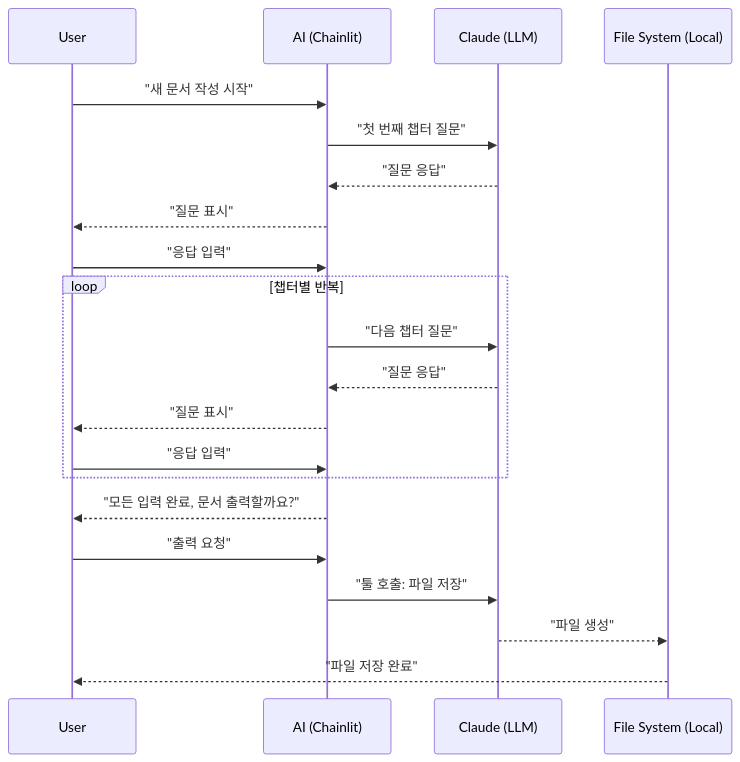
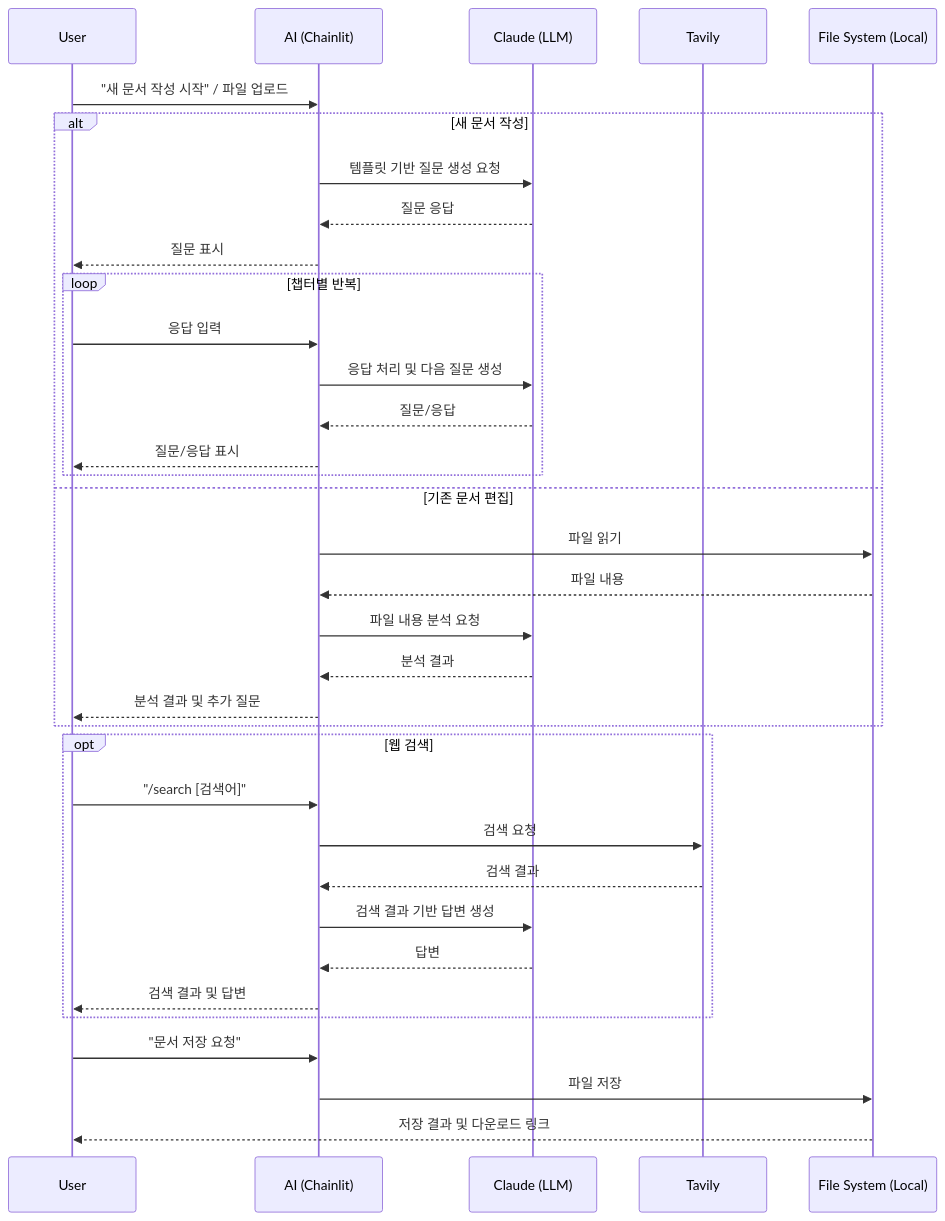
The second of 2 diagrams in packages/app/SPEC.md (haandol/alps-writer), drawn with Mermaid before and after one commit. The commit also changed other lines of this file, not shown here.

````diff
--- a/packages/app/SPEC.md
+++ b/packages/app/SPEC.md
@@ -121,24 +120,42 @@
 ```mermaid
 sequenceDiagram
     participant User
     participant AI (Chainlit)
     participant Claude (LLM)
+    participant Tavily
     participant File System (Local)
 
-    User->>AI (Chainlit): "새 문서 작성 시작"
-    AI (Chainlit)->>Claude (LLM): "첫 번째 챕터 질문"
-    Claude (LLM)-->>AI (Chainlit): "질문 응답"
-    AI (Chainlit)-->>User: "질문 표시"
-    User->>AI (Chainlit): "응답 입력"
-    loop 챕터별 반복
-        AI (Chainlit)->>Claude (LLM): "다음 챕터 질문"
-        Claude (LLM)-->>AI (Chainlit): "질문 응답"
-        AI (Chainlit)-->>User: "질문 표시"
-        User->>AI (Chainlit): "응답 입력"
+    User->>AI (Chainlit): "새 문서 작성 시작" / 파일 업로드
+
+    alt 새 문서 작성
+        AI (Chainlit)->>Claude (LLM): 템플릿 기반 질문 생성 요청
+        Claude (LLM)-->>AI (Chainlit): 질문 응답
+        AI (Chainlit)-->>User: 질문 표시
+
+        loop 챕터별 반복
+            User->>AI (Chainlit): 응답 입력
+            AI (Chainlit)->>Claude (LLM): 응답 처리 및 다음 질문 생성
+            Claude (LLM)-->>AI (Chainlit): 질문/응답
+            AI (Chainlit)-->>User: 질문/응답 표시
+        end
+    else 기존 문서 편집
+        AI (Chainlit)->>File System (Local): 파일 읽기
+        File System (Local)-->>AI (Chainlit): 파일 내용
+        AI (Chainlit)->>Claude (LLM): 파일 내용 분석 요청
+        Claude (LLM)-->>AI (Chainlit): 분석 결과
+        AI (Chainlit)-->>User: 분석 결과 및 추가 질문
     end
-    AI (Chainlit)-->>User: "모든 입력 완료, 문서 출력할까요?"
-    User->>AI (Chainlit): "출력 요청"
-    AI (Chainlit)->>Claude (LLM): "툴 호출: 파일 저장"
-    Claude (LLM)-->>File System (Local): "파일 생성"
-    File System (Local)-->>User: "파일 저장 완료"
+
+    opt 웹 검색
+        User->>AI (Chainlit): "/search [검색어]"
+        AI (Chainlit)->>Tavily: 검색 요청
+        Tavily-->>AI (Chainlit): 검색 결과
+        AI (Chainlit)->>Claude (LLM): 검색 결과 기반 답변 생성
+        Claude (LLM)-->>AI (Chainlit): 답변
+        AI (Chainlit)-->>User: 검색 결과 및 답변
+    end
+
+    User->>AI (Chainlit): "문서 저장 요청"
+    AI (Chainlit)->>File System (Local): 파일 저장
+    File System (Local)-->>User: 저장 결과 및 다운로드 링크
 ```
````
